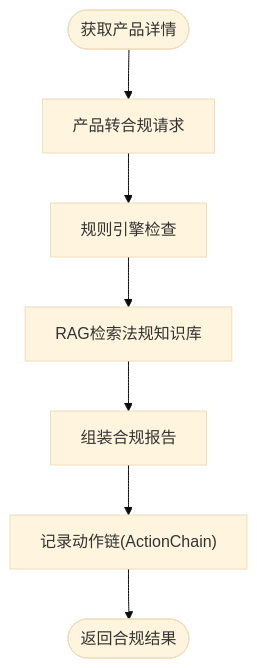
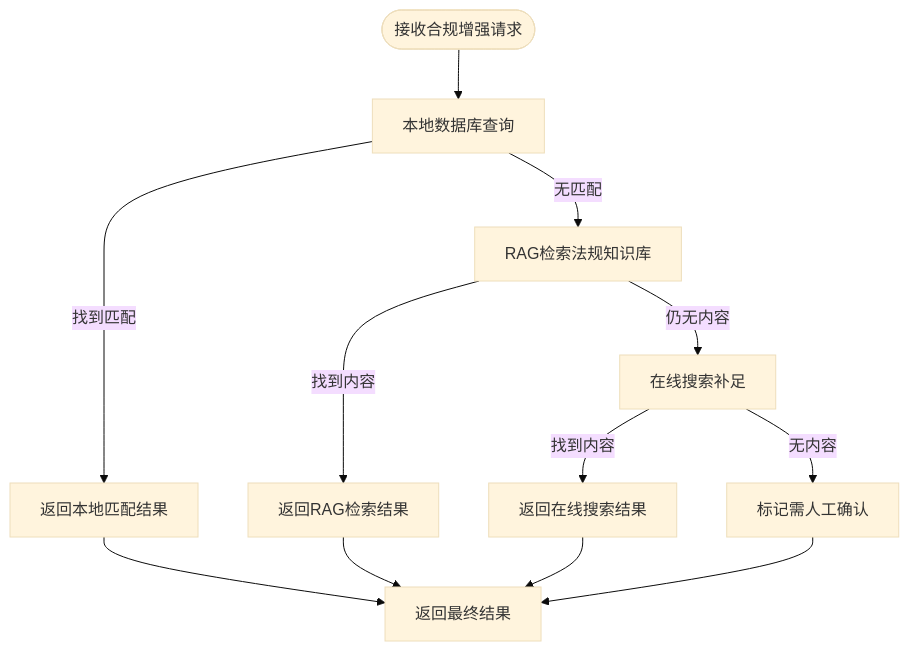
The fifth of 7 diagrams in .qoder/repowiki/zh/content/集成与扩展/Shopify集成.md (angledick/-), drawn with Mermaid (base theme) before and after one commit. The commit also changed other lines of this file and 313 other files, not shown here.

````diff
--- a/.qoder/repowiki/zh/content/集成与扩展/Shopify集成.md
+++ b/.qoder/repowiki/zh/content/集成与扩展/Shopify集成.md
@@ -238,9 +240,14 @@
 ```mermaid
 flowchart TD
-PStart(["获取产品详情"]) --> BuildReq["产品转合规请求"]
-BuildReq --> Rule["规则引擎检查"]
-Rule --> RAG["RAG检索法规知识库"]
-RAG --> Report["组装合规报告"]
-Report --> Chain["记录动作链(ActionChain)"]
-Chain --> PEnd(["返回合规结果"])
+PStart(["接收合规增强请求"]) --> LocalDB["本地数据库查询"]
+LocalDB --> |找到匹配| LocalMatch["返回本地匹配结果"]
+LocalDB --> |无匹配| RAGSearch["RAG检索法规知识库"]
+RAGSearch --> |找到内容| RAGMatch["返回RAG检索结果"]
+RAGSearch --> |仍无内容| OnlineSearch["在线搜索补足"]
+OnlineSearch --> |找到内容| OnlineMatch["返回在线搜索结果"]
+OnlineSearch --> |无内容| ManualNeeded["标记需人工确认"]
+ManualNeeded --> Final["返回最终结果"]
+LocalMatch --> Final
+RAGMatch --> Final
+OnlineMatch --> Final
 ```
````
